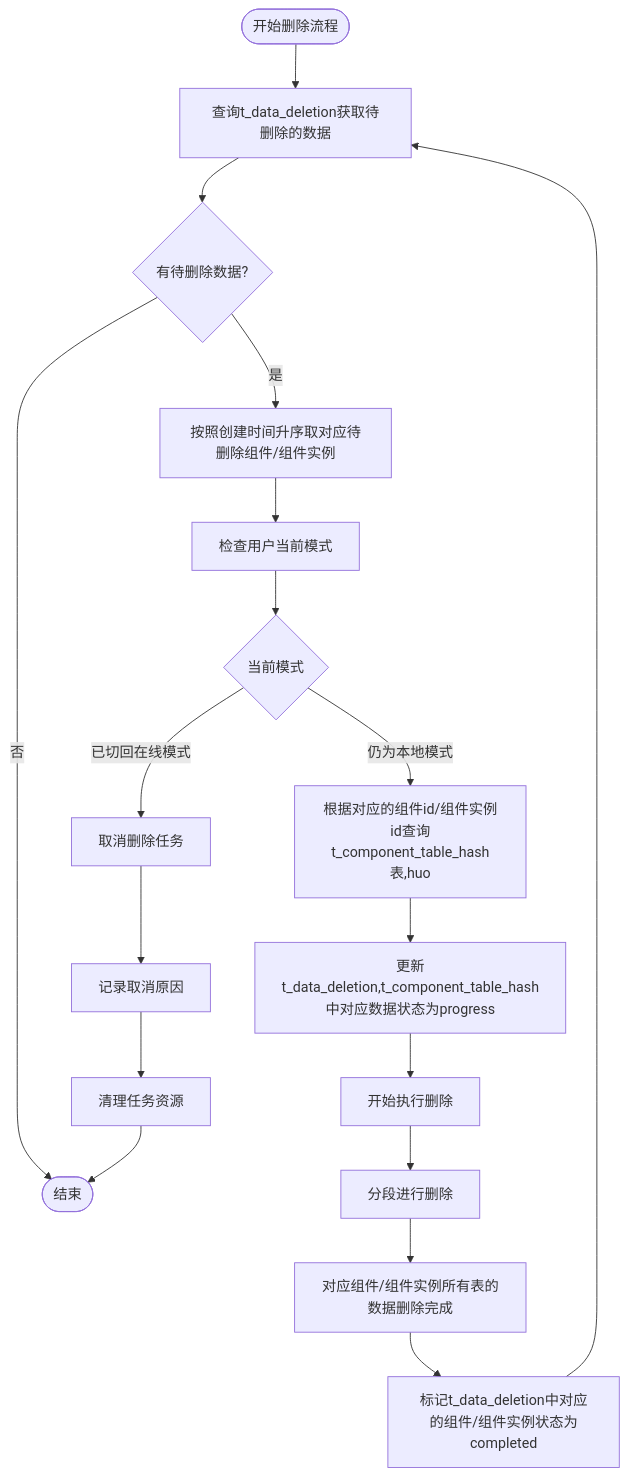
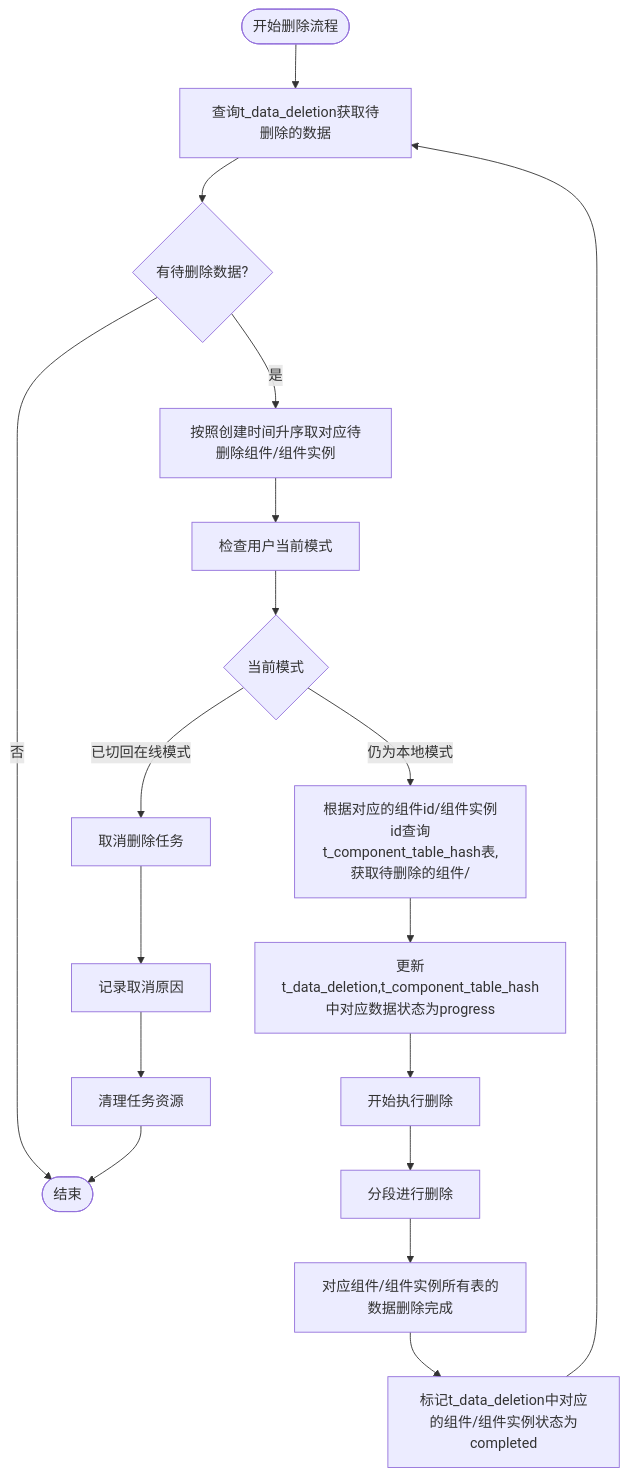
One commit to yingjianzh/iodraw-files changed the diagram in all/未命名-51.md. Above: the diagram before and after it, drawn with Mermaid.

Commit message:
2025-05-08 15:44:59 update

````diff
--- a/all/未命名-51.md
+++ b/all/未命名-51.md
@@ -1,28 +1,28 @@
 ```mermaid
 flowchart TD
     Start([开始删除流程]) --> FetchTasks[查询t_data_deletion获取待删除的数据]
     FetchTasks --> HasTasks{有待删除数据?}
     
     HasTasks -->|否| End([结束])
     HasTasks -->|是| PrioritizeTasks[按照创建时间升序取对应待删除组件/组件实例]
     
     PrioritizeTasks --> CheckUserMode[检查用户当前模式]
     
     CheckUserMode --> CurrentMode{当前模式}
     CurrentMode -->|已切回在线模式| TaskCancel[取消删除任务]
-    CurrentMode -->|仍为本地模式| LockTask[根据对应的组件id/组件实例id查询t_component_table_hash表,huo]
+    CurrentMode -->|仍为本地模式| LockTask[根据对应的组件id/组件实例id查询t_component_table_hash表,获取待删除的组件/]
     
     LockTask --> UpdateStatus[更新t_data_deletion,t_component_table_hash中对应数据状态为progress]
     UpdateStatus --> BeginDeletion[开始执行删除]
     
     BeginDeletion --> A[分段进行删除]
     
     A --> B[对应组件/组件实例所有表的数据删除完成]
     B --> MarkCompleted[标记t_data_deletion中对应的组件/组件实例状态为completed]
     
     TaskCancel --> LogCancellation[记录取消原因]
     LogCancellation --> CleanupTask[清理任务资源]
     
     MarkCompleted --> FetchTasks
     CleanupTask --> End
 ```
````
